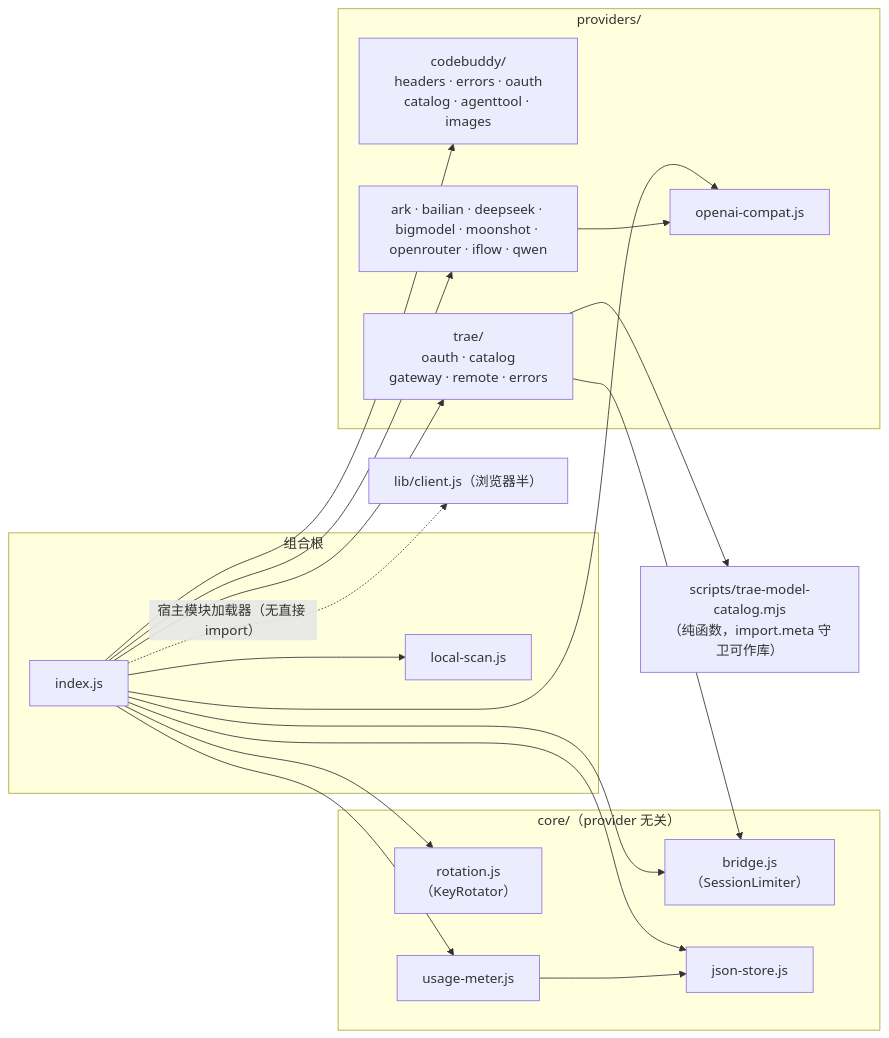
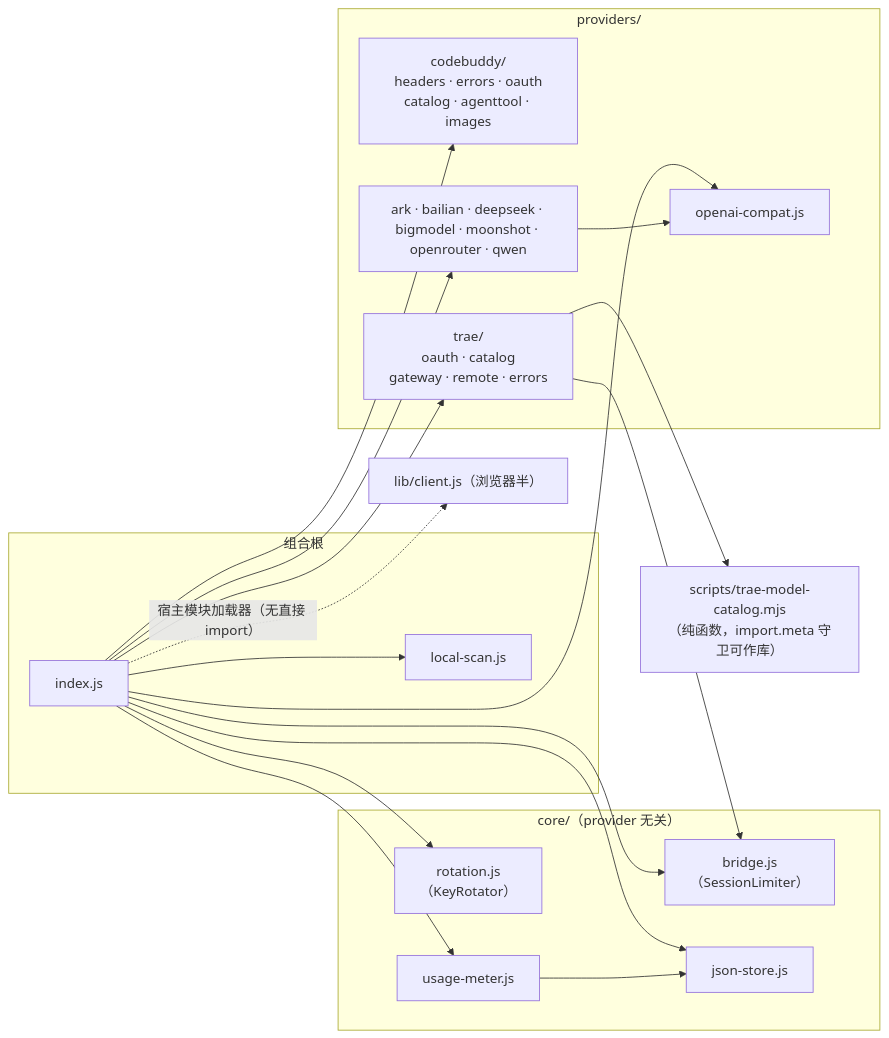
Before and after one commit to taikaikaikai-pixel/dsh-codebuddy-plugin: the diagram in wiki/09-run-and-test.md, drawn with Mermaid. The commit also changed 16 other files, not shown here.

````diff
--- a/wiki/09-run-and-test.md
+++ b/wiki/09-run-and-test.md
@@ -88,36 +88,36 @@
 ```mermaid
 flowchart LR
     subgraph ROOT["组合根"]
         INDEX["index.js"]
         LOCAL["local-scan.js"]
     end
     subgraph CORE["core/（provider 无关）"]
         BRIDGE["bridge.js<br/>（SessionLimiter）"]
         ROT["rotation.js<br/>（KeyRotator）"]
         METER["usage-meter.js"]
         JS["json-store.js"]
     end
     subgraph PROV["providers/"]
         CB["codebuddy/<br/>headers · errors · oauth<br/>catalog · agenttool · images"]
         TR["trae/<br/>oauth · catalog<br/>gateway · remote · errors"]
         OC["openai-compat.js"]
-        PRE["ark · bailian · deepseek · bigmodel · moonshot · openrouter · iflow · qwen"]
+        PRE["ark · bailian · deepseek · bigmodel · moonshot · openrouter · qwen"]
     end
     SCRIPT["scripts/trae-model-catalog.mjs<br/>（纯函数，import.meta 守卫可作库）"]
     CLIENT["lib/client.js（浏览器半）"]
 
     INDEX --> JS
     INDEX --> ROT
     INDEX --> METER
     INDEX --> BRIDGE
     INDEX --> CB
     INDEX --> TR
     INDEX --> OC
     INDEX --> PRE
     INDEX --> LOCAL
     METER --> JS
     TR --> BRIDGE
     TR --> SCRIPT
     PRE --> OC
     INDEX -.->|"宿主模块加载器（无直接 import）"| CLIENT
 ```
````
